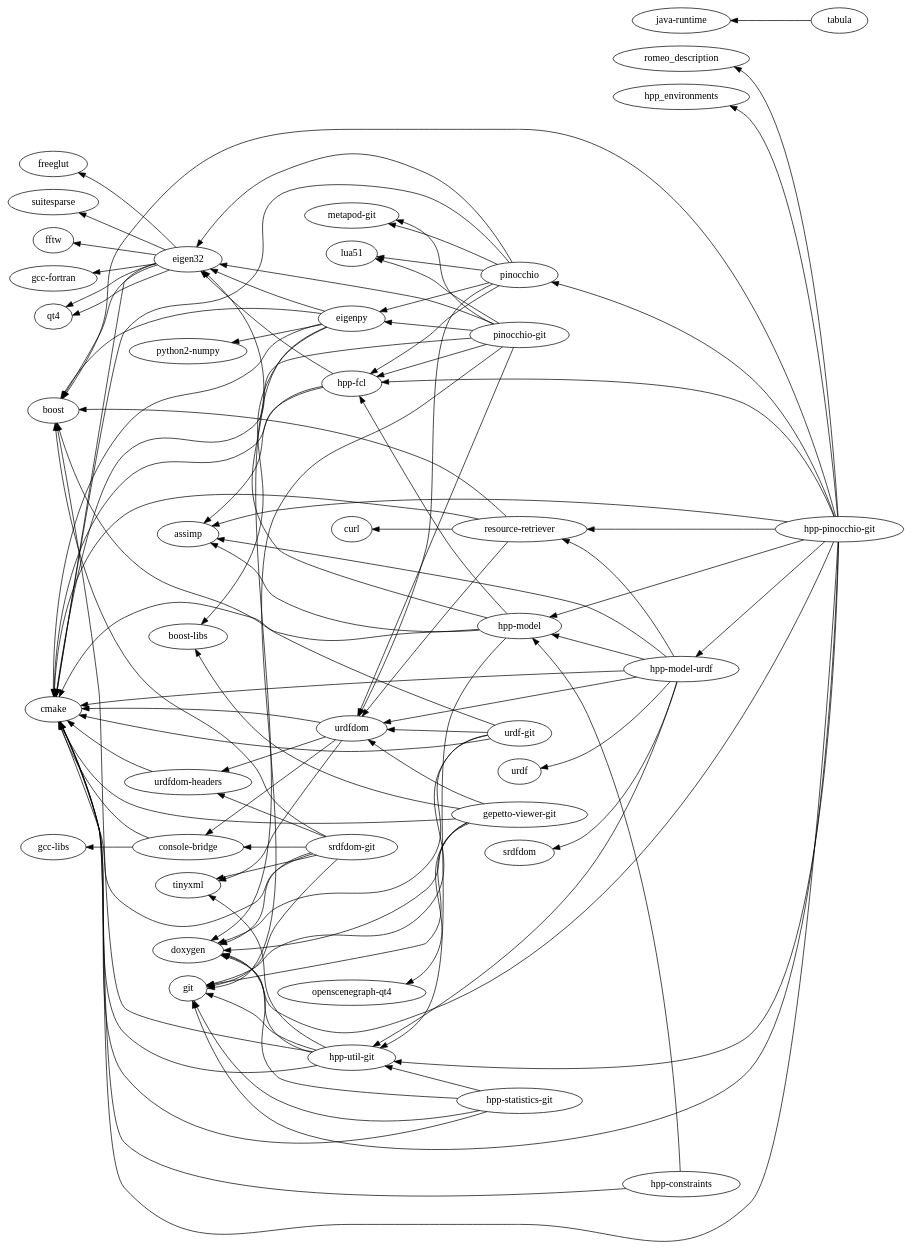
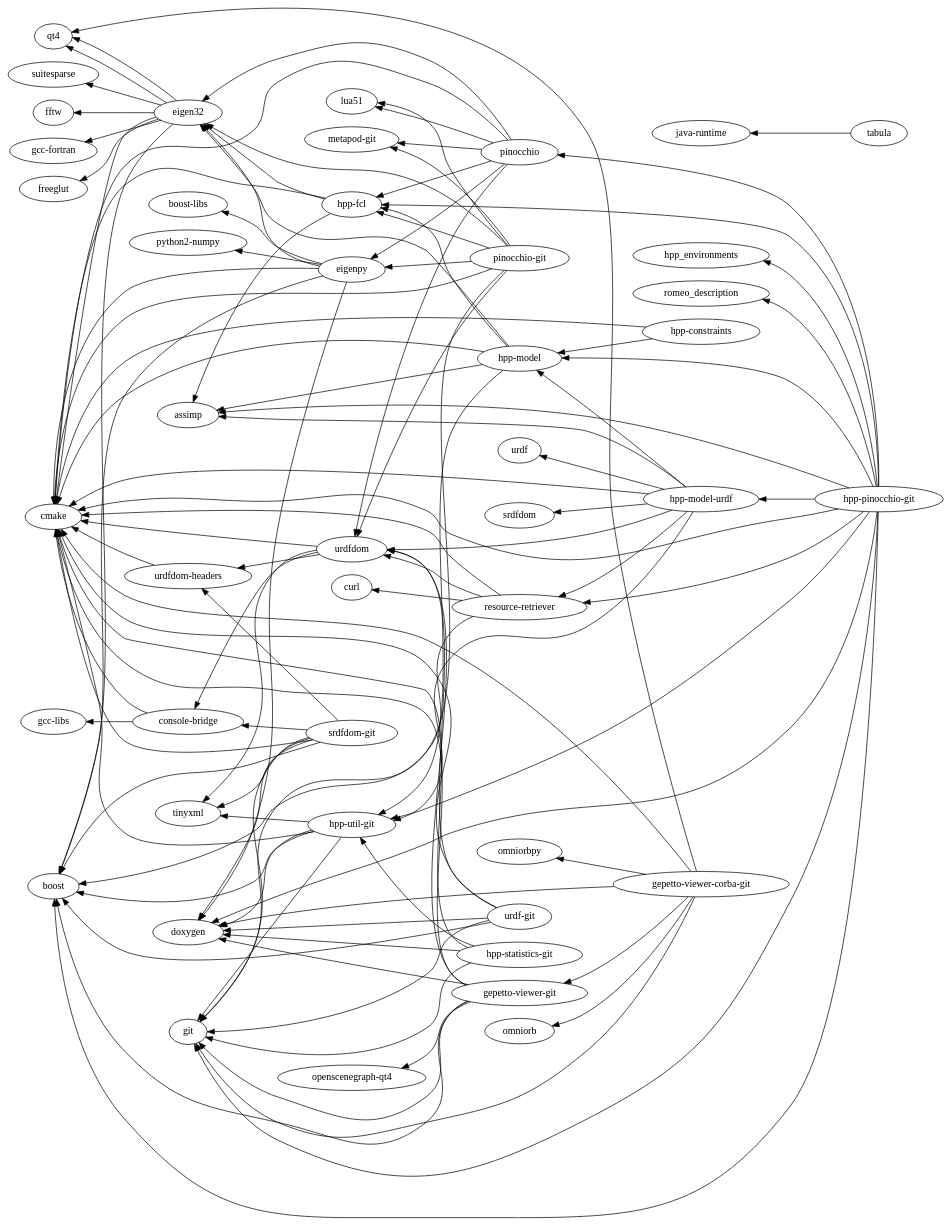
Before and after one commit to nim65s/aur: the diagram in dependencies.gv, drawn with Graphviz. The commit also changed 3 other files, not shown here.

```diff
--- a/dependencies.gv
+++ b/dependencies.gv
@@ -1,144 +1,154 @@
 digraph dependencies {
 	graph [rankdir=RL]
-		"resource-retriever"
-		"hpp-model"
-		"hpp-fcl"
-		eigen32
-		"metapod-git"
-		srdfdom
-		"urdf-git"
-		"hpp-pinocchio-git"
-		tabula
-		git
 		urdfdom
-		"hpp-util-git"
-		"console-bridge"
+		"openscenegraph-qt4"
+		"gepetto-viewer-corba-git"
 		suitesparse
-		lua51
+		"hpp-constraints"
+		hpp_environments
 		fftw
 		doxygen
+		eigen32
+		"gcc-libs"
+		"hpp-util-git"
+		pinocchio
+		"urdf-git"
+		urdf
+		"java-runtime"
+		"hpp-statistics-git"
+		srdfdom
+		git
+		"urdfdom-headers"
+		"hpp-pinocchio-git"
+		"boost-libs"
+		"gcc-fortran"
+		"console-bridge"
+		eigenpy
+		"python2-numpy"
+		romeo_description
+		tinyxml
+		omniorbpy
+		"hpp-fcl"
+		qt4
+		omniorb
+		"metapod-git"
+		"pinocchio-git"
+		lua51
+		tabula
+		curl
+		"hpp-model"
+		cmake
+		"hpp-model-urdf"
 		"srdfdom-git"
-		eigenpy
+		assimp
 		"gepetto-viewer-git"
-		"python2-numpy"
-		tinyxml
-		"gcc-fortran"
-		"gcc-libs"
-		"hpp-constraints"
-		qt4
-		"hpp-model-urdf"
-		"urdfdom-headers"
+		"resource-retriever"
 		freeglut
-		assimp
-		"hpp-statistics-git"
-		cmake
-		pinocchio
-		"openscenegraph-qt4"
-		curl
-		"pinocchio-git"
-		romeo_description
-		"java-runtime"
-		hpp_environments
-		urdf
 		boost
-		"boost-libs"
 			"pinocchio-git" -> "metapod-git"
 			"pinocchio-git" -> lua51
 			"pinocchio-git" -> cmake
 			"pinocchio-git" -> git
 			"pinocchio-git" -> eigen32
 			"pinocchio-git" -> eigenpy
 			"pinocchio-git" -> "hpp-fcl"
 			"pinocchio-git" -> urdfdom
 			eigen32 -> qt4
 			eigen32 -> cmake
 			eigen32 -> freeglut
 			eigen32 -> "gcc-fortran"
 			eigen32 -> fftw
 			eigen32 -> qt4
 			eigen32 -> suitesparse
 			eigen32 -> boost
 			"console-bridge" -> cmake
 			"console-bridge" -> "gcc-libs"
 			"hpp-model" -> assimp
 			"hpp-model" -> cmake
 			"hpp-model" -> eigen32
 			"hpp-model" -> "hpp-util-git"
 			"hpp-model" -> "hpp-fcl"
 			pinocchio -> "metapod-git"
 			pinocchio -> lua51
 			pinocchio -> cmake
 			pinocchio -> eigen32
 			pinocchio -> "hpp-fcl"
 			pinocchio -> eigenpy
 			pinocchio -> urdfdom
 			urdfdom -> cmake
 			urdfdom -> tinyxml
 			urdfdom -> "console-bridge"
 			urdfdom -> "urdfdom-headers"
 			"resource-retriever" -> cmake
 			"resource-retriever" -> urdfdom
 			"resource-retriever" -> curl
 			"resource-retriever" -> boost
+			"gepetto-viewer-corba-git" -> doxygen
+			"gepetto-viewer-corba-git" -> cmake
+			"gepetto-viewer-corba-git" -> git
+			"gepetto-viewer-corba-git" -> "gepetto-viewer-git"
+			"gepetto-viewer-corba-git" -> omniorb
+			"gepetto-viewer-corba-git" -> qt4
+			"gepetto-viewer-corba-git" -> omniorbpy
 			"srdfdom-git" -> doxygen
 			"srdfdom-git" -> cmake
 			"srdfdom-git" -> git
 			"srdfdom-git" -> boost
 			"srdfdom-git" -> tinyxml
 			"srdfdom-git" -> "urdfdom-headers"
 			"srdfdom-git" -> "console-bridge"
 			"hpp-constraints" -> cmake
 			"hpp-constraints" -> "hpp-model"
 			"gepetto-viewer-git" -> doxygen
 			"gepetto-viewer-git" -> cmake
 			"gepetto-viewer-git" -> git
-			"gepetto-viewer-git" -> "boost-libs"
+			"gepetto-viewer-git" -> boost
 			"gepetto-viewer-git" -> urdfdom
 			"gepetto-viewer-git" -> "openscenegraph-qt4"
 			tabula -> "java-runtime"
 			"urdfdom-headers" -> cmake
 			"hpp-util-git" -> doxygen
 			"hpp-util-git" -> cmake
 			"hpp-util-git" -> git
 			"hpp-util-git" -> boost
 			"hpp-util-git" -> tinyxml
 			"hpp-fcl" -> cmake
 			"hpp-fcl" -> eigen32
 			"hpp-fcl" -> assimp
 			"hpp-pinocchio-git" -> "hpp-model"
 			"hpp-pinocchio-git" -> "hpp-model-urdf"
 			"hpp-pinocchio-git" -> romeo_description
 			"hpp-pinocchio-git" -> hpp_environments
 			"hpp-pinocchio-git" -> doxygen
 			"hpp-pinocchio-git" -> cmake
 			"hpp-pinocchio-git" -> git
 			"hpp-pinocchio-git" -> boost
 			"hpp-pinocchio-git" -> pinocchio
 			"hpp-pinocchio-git" -> assimp
 			"hpp-pinocchio-git" -> "hpp-util-git"
 			"hpp-pinocchio-git" -> "hpp-fcl"
 			"hpp-pinocchio-git" -> "resource-retriever"
 			"hpp-model-urdf" -> cmake
 			"hpp-model-urdf" -> assimp
 			"hpp-model-urdf" -> "hpp-util-git"
 			"hpp-model-urdf" -> "hpp-model"
 			"hpp-model-urdf" -> urdf
 			"hpp-model-urdf" -> "resource-retriever"
 			"hpp-model-urdf" -> urdfdom
 			"hpp-model-urdf" -> srdfdom
 			"hpp-statistics-git" -> doxygen
 			"hpp-statistics-git" -> cmake
 			"hpp-statistics-git" -> git
 			"hpp-statistics-git" -> "hpp-util-git"
 			eigenpy -> doxygen
 			eigenpy -> cmake
 			eigenpy -> eigen32
 			eigenpy -> boost
 			eigenpy -> "python2-numpy"
 			eigenpy -> "boost-libs"
 			"urdf-git" -> doxygen
 			"urdf-git" -> cmake
 			"urdf-git" -> git
 			"urdf-git" -> boost
 			"urdf-git" -> urdfdom
 }
```
